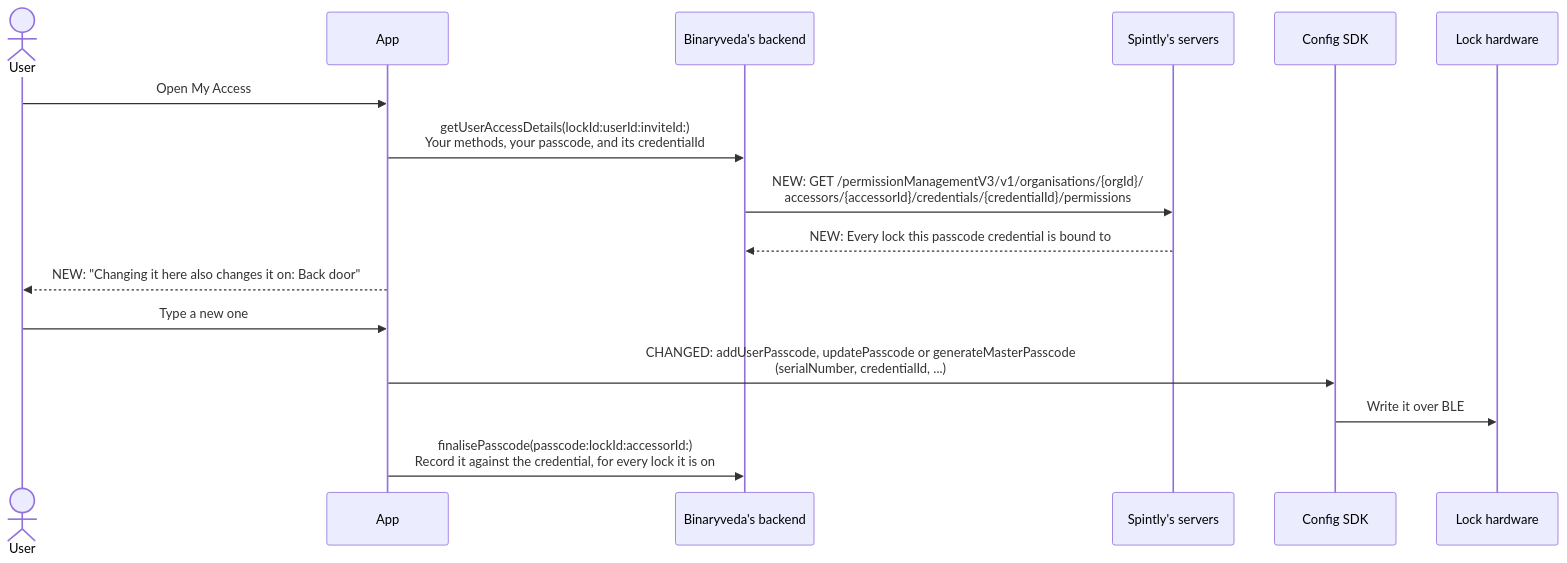
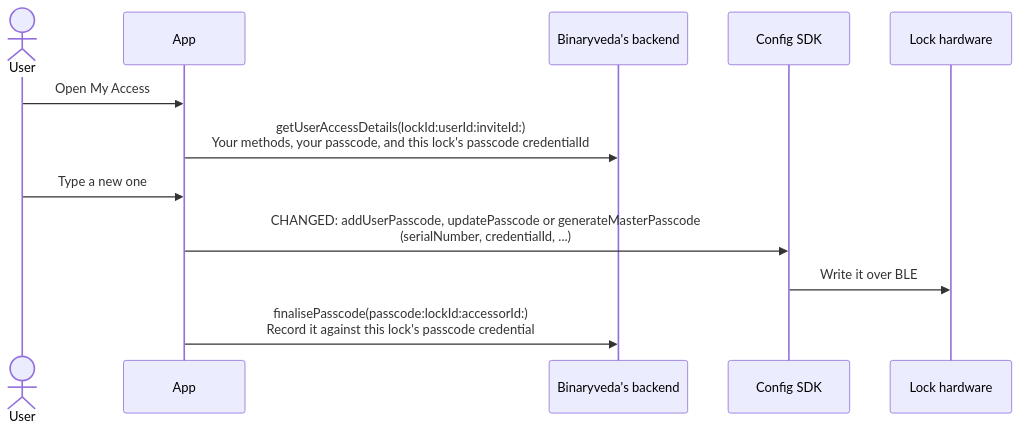
One commit to spintly-integrations-support/godrej-software-guide changed the third of 13 diagrams in docs/lock-settings.md. Above: the diagram before and after it, drawn with Mermaid. The commit also changed other lines of this file and 5 other files, not shown here.

Commit message:
Fresh passcode credential per lock; passcodes never copied between locks

````diff
--- a/docs/lock-settings.md
+++ b/docs/lock-settings.md
@@ -113,19 +113,15 @@
 ```mermaid
 sequenceDiagram
     actor U as User
     participant A as App
     participant B as Binaryveda's backend
-    participant S as Spintly's servers
     participant C as Config SDK
     participant L as Lock hardware
 
     U->>A: Open My Access
-    A->>B: getUserAccessDetails(lockId:userId:inviteId:)<br/>Your methods, your passcode, and its credentialId
-    B->>S: NEW: GET /permissionManagementV3/v1/organisations/{orgId}/<br/>accessors/{accessorId}/credentials/{credentialId}/permissions
-    S-->>B: NEW: Every lock this passcode credential is bound to
-    A-->>U: NEW: "Changing it here also changes it on: Back door"
+    A->>B: getUserAccessDetails(lockId:userId:inviteId:)<br/>Your methods, your passcode, and this lock's passcode credentialId
     U->>A: Type a new one
     A->>C: CHANGED: addUserPasscode, updatePasscode or generateMasterPasscode<br/>(serialNumber, credentialId, ...)
     C->>L: Write it over BLE
-    A->>B: finalisePasscode(passcode:lockId:accessorId:)<br/>Record it against the credential, for every lock it is on
+    A->>B: finalisePasscode(passcode:lockId:accessorId:)<br/>Record it against this lock's passcode credential
 ```
````
